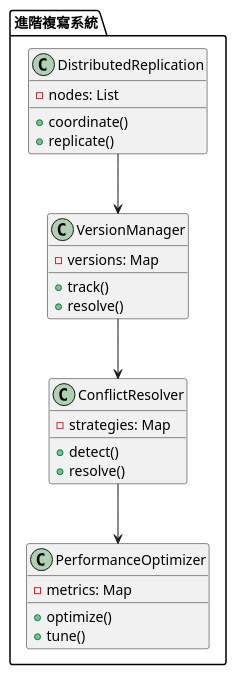
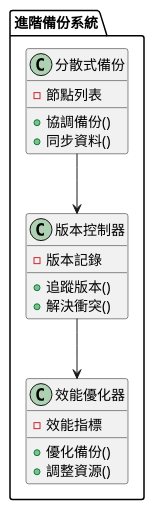
One commit to fine5351/info-sync changed the third of 3 diagrams in doc/learning/architecture/availability_replication_tutorial.md. Above: the diagram before and after it, drawn with PlantUML. The commit also changed other lines of this file and 35 other files, not shown here.

````diff
--- a/doc/learning/architecture/availability_replication_tutorial.md
+++ b/doc/learning/architecture/availability_replication_tutorial.md
@@ -350,33 +221,26 @@
 ```plantuml
 @startuml
-package "進階複寫系統" {
-    class DistributedReplication {
-        - nodes: List
-        + coordinate()
-        + replicate()
+package "進階備份系統" {
+    class 分散式備份 {
+        - 節點列表
+        + 協調備份()
+        + 同步資料()
     }
     
-    class VersionManager {
-        - versions: Map
-        + track()
-        + resolve()
+    class 版本控制器 {
+        - 版本記錄
+        + 追蹤版本()
+        + 解決衝突()
     }
     
-    class ConflictResolver {
-        - strategies: Map
-        + detect()
-        + resolve()
-    }
-    
-    class PerformanceOptimizer {
-        - metrics: Map
-        + optimize()
-        + tune()
+    class 效能優化器 {
+        - 效能指標
+        + 優化備份()
+        + 調整資源()
     }
 }
 
-DistributedReplication --> VersionManager
-VersionManager --> ConflictResolver
-ConflictResolver --> PerformanceOptimizer
+分散式備份 --> 版本控制器
+版本控制器 --> 效能優化器
 @enduml
 ```
````
